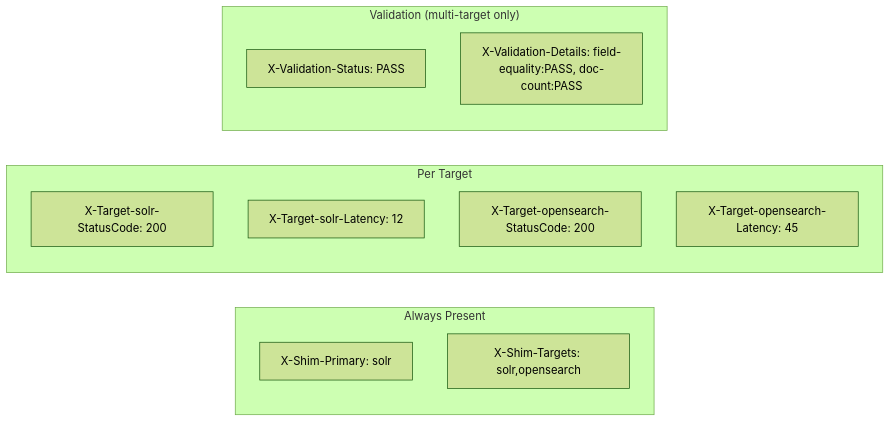
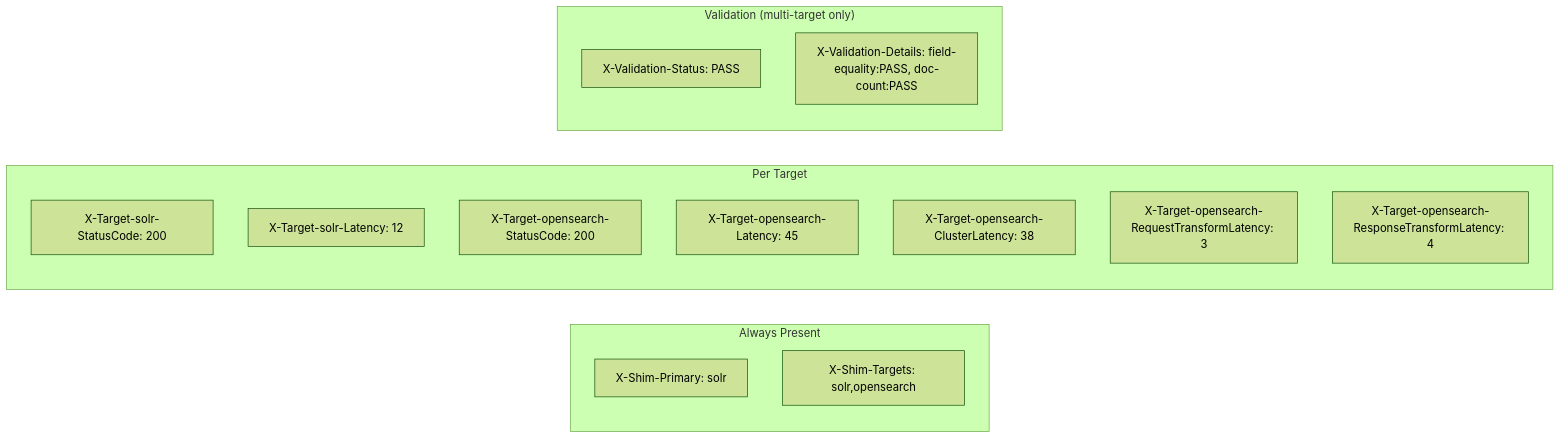
Before and after one commit to opensearch-project/opensearch-migrations: the seventh of 14 diagrams in TrafficCapture/transformationShim/docs/ARCHITECTURE.md, drawn with Mermaid (forest theme). The commit also changed other lines of this file and 13 other files, not shown here.

````diff
--- a/TrafficCapture/transformationShim/docs/ARCHITECTURE.md
+++ b/TrafficCapture/transformationShim/docs/ARCHITECTURE.md
@@ -308,19 +308,22 @@
 ```mermaid
 graph LR
     subgraph Always["Always Present"]
         H1["X-Shim-Primary: solr"]
         H2["X-Shim-Targets: solr,opensearch"]
     end
 
     subgraph PerTarget["Per Target"]
         H3["X-Target-solr-StatusCode: 200"]
         H4["X-Target-solr-Latency: 12"]
         H5["X-Target-opensearch-StatusCode: 200"]
         H6["X-Target-opensearch-Latency: 45"]
+        H7a["X-Target-opensearch-ClusterLatency: 38"]
+        H7b["X-Target-opensearch-RequestTransformLatency: 3"]
+        H7c["X-Target-opensearch-ResponseTransformLatency: 4"]
     end
 
     subgraph Val["Validation (multi-target only)"]
         H7["X-Validation-Status: PASS"]
         H8["X-Validation-Details: field-equality:PASS, doc-count:PASS"]
     end
 ```
````
